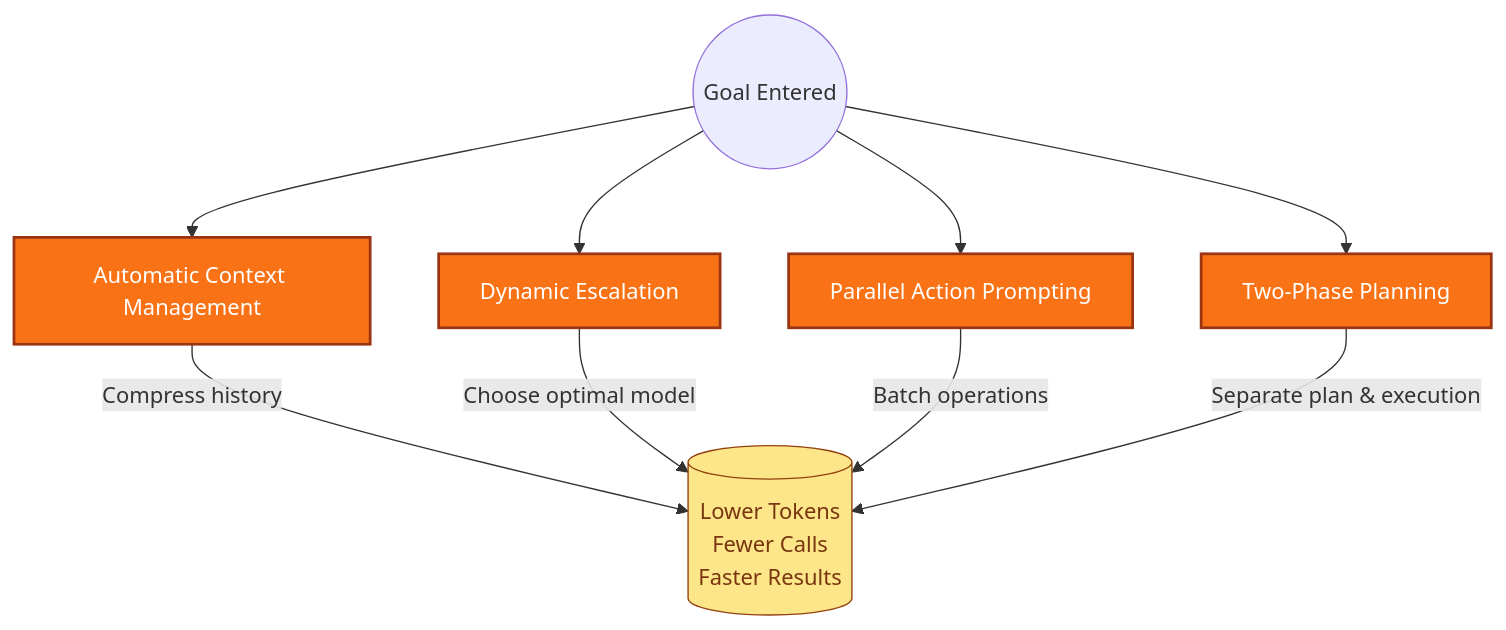
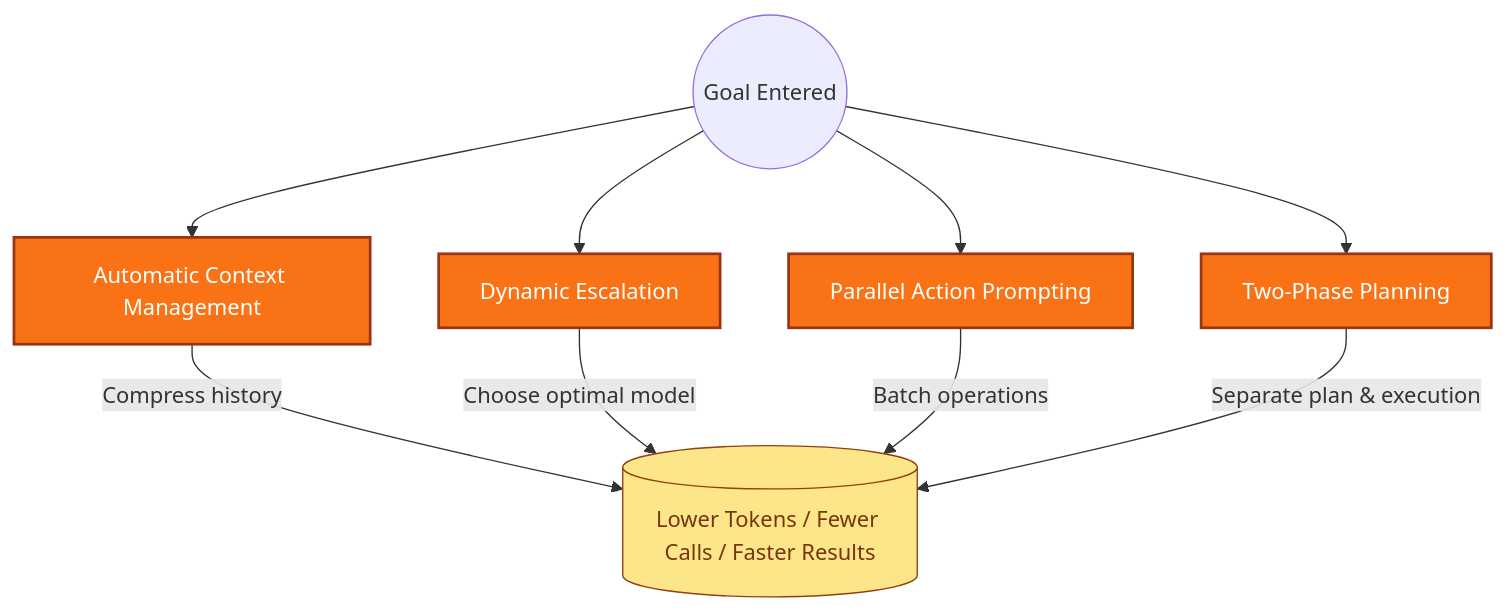
One commit to OpenAF/mini-a changed the diagram in docs/OPTIMIZATIONS.md. Above: the diagram before and after it, drawn with Mermaid.

Commit message:
Fix formatting in OPTIMIZATIONS.md

````diff
--- a/docs/OPTIMIZATIONS.md
+++ b/docs/OPTIMIZATIONS.md
@@ -9,15 +9,15 @@
 ```mermaid
 graph TD
   Start((Goal Entered)) --> Context[Automatic Context Management]
   Start --> Escalation[Dynamic Escalation]
   Start --> Parallel[Parallel Action Prompting]
   Start --> Planning[Two-Phase Planning]
   Context -->|Compress history| Outcome
   Escalation -->|Choose optimal model| Outcome
   Parallel -->|Batch operations| Outcome
-  Planning -->|Separate plan & execution| Outcome[(Lower Tokens\nFewer Calls\nFaster Results)]
+  Planning -->|Separate plan & execution| Outcome[(Lower Tokens / Fewer Calls / Faster Results)]
   classDef primary fill:#f97316,stroke:#9a3412,stroke-width:2px,color:#fff
   classDef effect fill:#fde68a,stroke:#92400e,color:#78350f
   class Context,Escalation,Parallel,Planning primary
   class Outcome effect
 ```
````
